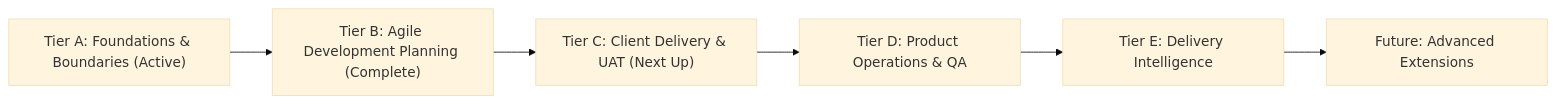
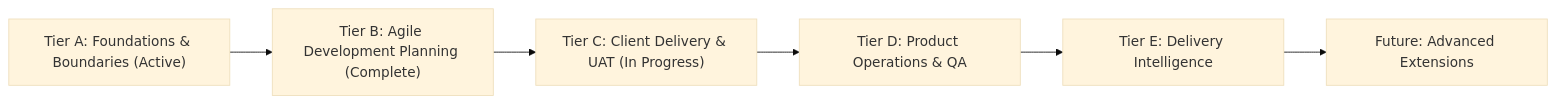
One commit to kashvirainfotech/ks-pmt changed the diagram in README.md. Above: the diagram before and after it, drawn with Mermaid (base theme). The commit also changed other lines of this file and 27 other files, not shown here.

````diff
--- a/README.md
+++ b/README.md
@@ -124,8 +125,8 @@
 ```mermaid
 flowchart LR
     A["Tier A: Foundations & Boundaries (Active)"] --> B["Tier B: Agile Development Planning (Complete)"]
-    B --> C["Tier C: Client Delivery & UAT (Next Up)"]
+    B --> C["Tier C: Client Delivery & UAT (In Progress)"]
     C --> D["Tier D: Product Operations & QA"]
     D --> E["Tier E: Delivery Intelligence"]
     E --> F["Future: Advanced Extensions"]
 ```
````
